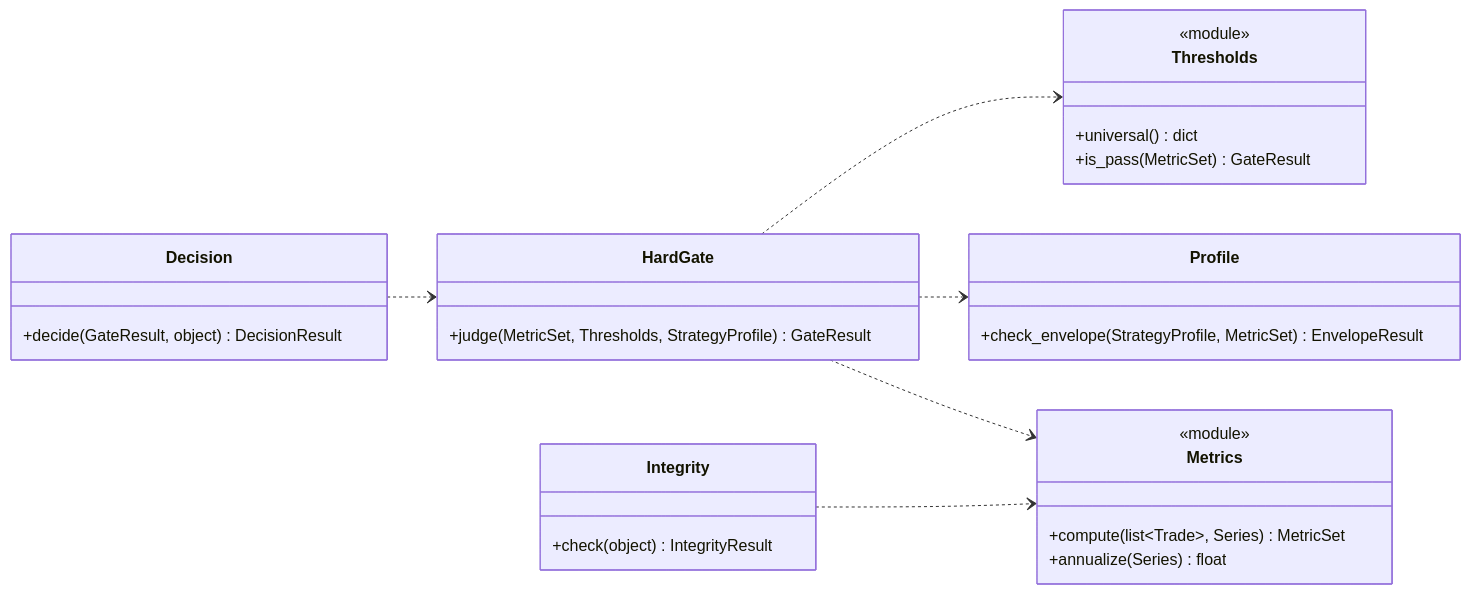
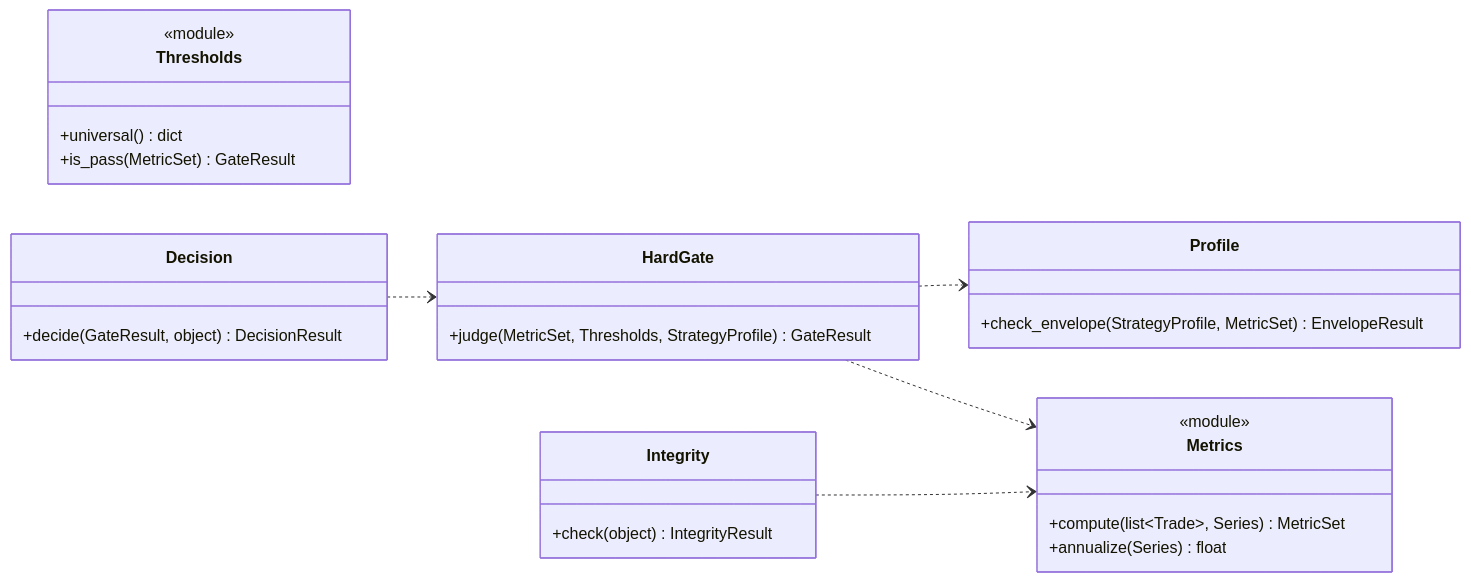
One commit to vessel35/trading-system-v2 changed diagram 16 of 17 in docs/fullspec/backtest_v2_detailed_design.md. Above: the diagram before and after it, drawn with Mermaid. The commit also changed other lines of this file, not shown here.

First line of the commit message:
docs(b-corelib-classes): §4 전 다이어그램 중복 의존 화살표 정리 동기화(정본 e79c35d 미러)

````diff
--- a/docs/fullspec/backtest_v2_detailed_design.md
+++ b/docs/fullspec/backtest_v2_detailed_design.md
@@ -2092,31 +2074,30 @@
 ```mermaid
 classDiagram
     direction LR
     class Metrics {
         <<module>>
         +compute(list~Trade~, Series) MetricSet
         +annualize(Series) float
     }
     class Integrity {
         +check(object) IntegrityResult
     }
     class Thresholds {
         <<module>>
         +universal() dict
         +is_pass(MetricSet) GateResult
     }
     class Profile {
         +check_envelope(StrategyProfile, MetricSet) EnvelopeResult
     }
     class HardGate {
         +judge(MetricSet, Thresholds, StrategyProfile) GateResult
     }
     class Decision {
         +decide(GateResult, object) DecisionResult
     }
-    HardGate ..> Thresholds
     HardGate ..> Profile
     HardGate ..> Metrics
     Decision ..> HardGate
     Integrity ..> Metrics
 ```
````
